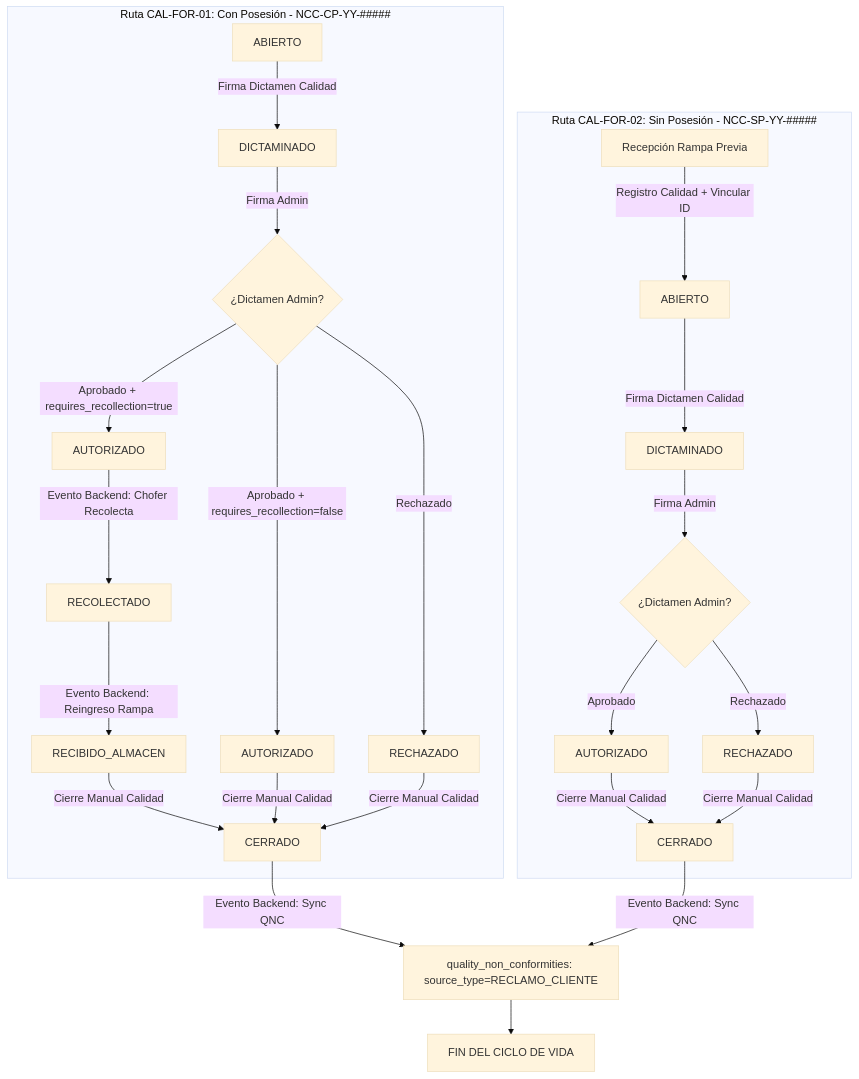
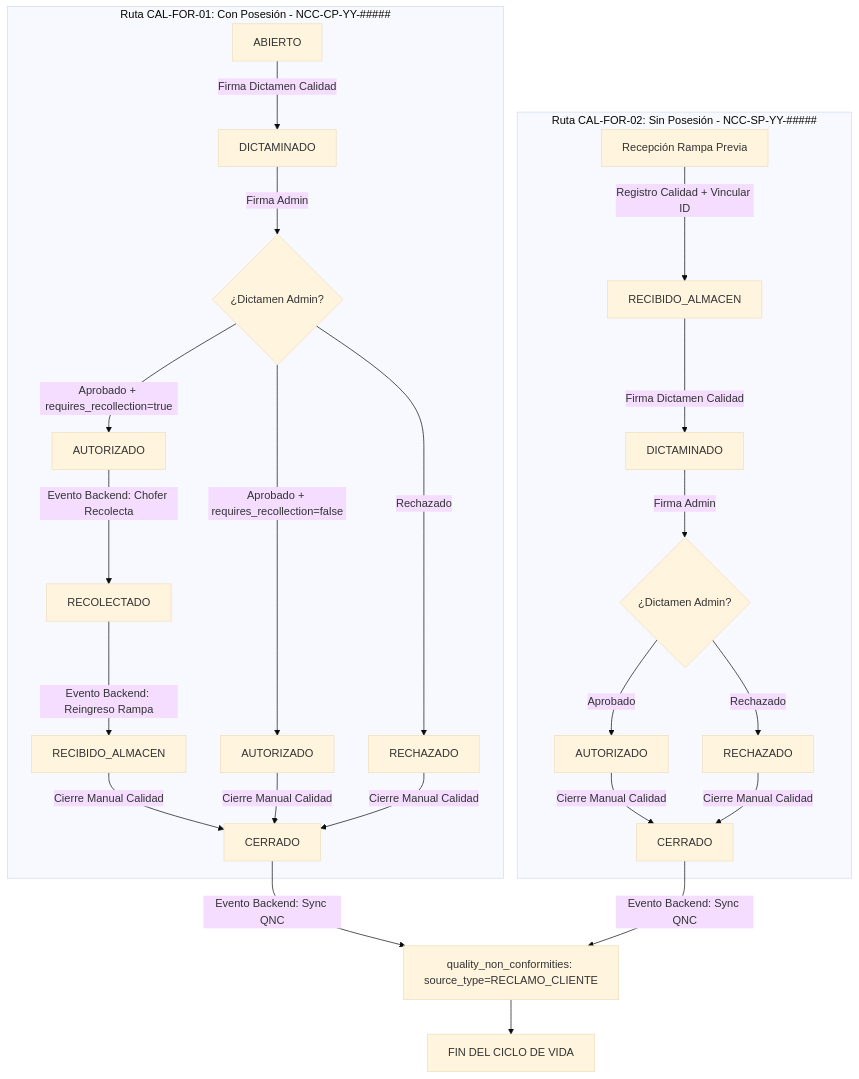
One commit to Automatizacion-KPC/KoonolApp changed the third of 3 diagrams in docs/modules/product_rejection.md. Above: the diagram before and after it, drawn with Mermaid (base theme). The commit also changed other lines of this file, not shown here.

Commit message:
docs(cpr/docs): actualizar diagramas de flujo respecto a todos los cambios realizados en BR y US [chore]

````diff
--- a/docs/modules/product_rejection.md
+++ b/docs/modules/product_rejection.md
@@ -248,29 +249,29 @@
 ```mermaid
 graph TD
     subgraph RUTA_CAL_FOR_01 [Ruta CAL-FOR-01: Con Posesión - NCC-CP-YY-#####]
         A1[ABIERTO] -->|Firma Dictamen Calidad| B1[DICTAMINADO]
         B1 -->|Firma Admin| C1{¿Dictamen Admin?}
         C1 -- Rechazado --> D1[RECHAZADO]
         C1 -- Aprobado + requires_recollection=true --> E1[AUTORIZADO]
         C1 -- Aprobado + requires_recollection=false --> E1_1[AUTORIZADO]
         E1 -->|Evento Backend: Chofer Recolecta| F1[RECOLECTADO]
         F1 -->|Evento Backend: Reingreso Rampa| G1[RECIBIDO_ALMACEN]
         G1 -->|Cierre Manual Calidad| H1[CERRADO]
         E1_1 -->|Cierre Manual Calidad| H1
         D1 -->|Cierre Manual Calidad| H1
     end
 
     subgraph RUTA_CAL_FOR_02 [Ruta CAL-FOR-02: Sin Posesión - NCC-SP-YY-#####]
-        A2[Recepción Rampa Previa] -->|Registro Calidad + Vincular ID| B2[ABIERTO]
+        A2[Recepción Rampa Previa] -->|Registro Calidad + Vincular ID| B2[RECIBIDO_ALMACEN]
         B2 -->|Firma Dictamen Calidad| C2[DICTAMINADO]
         C2 -->|Firma Admin| D2{¿Dictamen Admin?}
         D2 -- Aprobado --> E2[AUTORIZADO]
         D2 -- Rechazado --> F2[RECHAZADO]
         E2 -->|Cierre Manual Calidad| G2[CERRADO]
         F2 -->|Cierre Manual Calidad| G2
     end
 
     H1 -->|Evento Backend: Sync QNC| I1[quality_non_conformities: source_type=RECLAMO_CLIENTE]
     G2 -->|Evento Backend: Sync QNC| I1
     I1 --> J1[FIN DEL CICLO DE VIDA]
 ```
````
